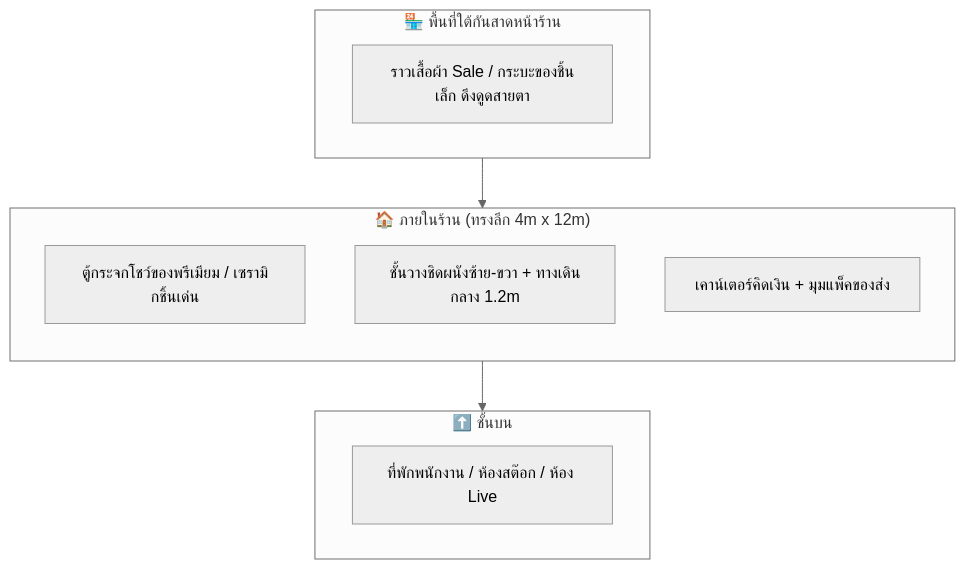
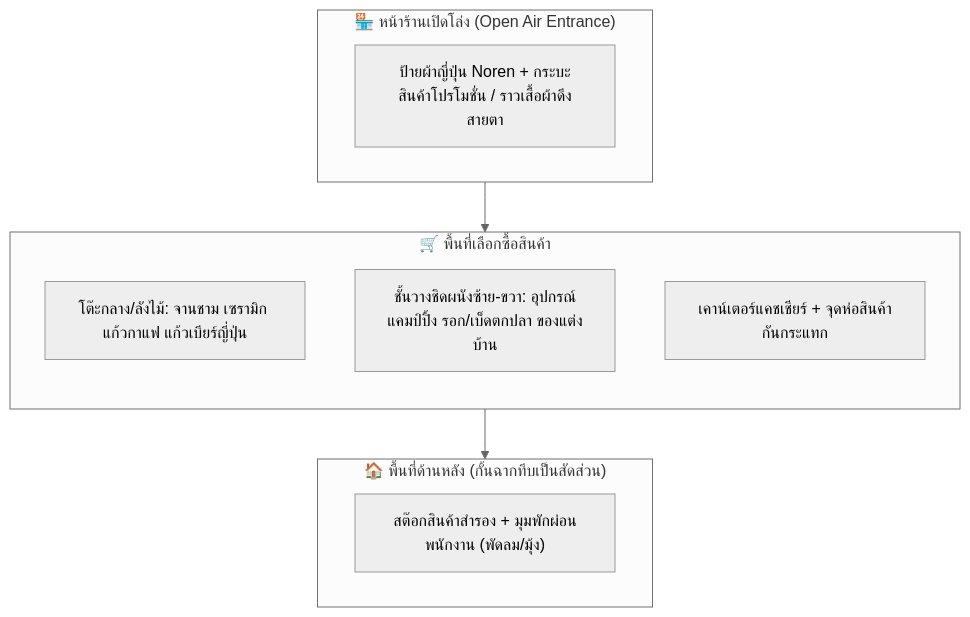
One commit to temsiripuns100/goods-japan-business-plan changed the second of 11 diagrams in README.md. Above: the diagram before and after it, drawn with Mermaid (neutral theme). The commit also changed other lines of this file, not shown here.

````diff
--- a/README.md
+++ b/README.md
@@ -118,20 +115,20 @@
 ```mermaid
 flowchart TD
-    subgraph FRONT["🏪 พื้นที่ใต้กันสาดหน้าร้าน"]
-        Z1["ราวเสื้อผ้า Sale / กระบะของชิ้นเล็ก ดึงดูดสายตา"]
+    subgraph FRONT["🏪 หน้าร้านเปิดโล่ง (Open Air Entrance)"]
+        Z1["ป้ายผ้าญี่ปุ่น Noren + กระบะสินค้าโปรโมชั่น / ราวเสื้อผ้าดึงสายตา"]
     end
 
-    subgraph INSIDE["🏠 ภายในร้าน (ทรงลึก 4m x 12m)"]
+    subgraph INSIDE["🛒 พื้นที่เลือกซื้อสินค้า"]
         direction TB
-        A["ตู้กระจกโชว์ของพรีเมียม / เซรามิกชิ้นเด่น"]
-        B["ชั้นวางชิดผนังซ้าย-ขวา + ทางเดินกลาง 1.2m"]
-        C["เคาน์เตอร์คิดเงิน + มุมแพ็คของส่ง"]
+        A["โต๊ะกลาง/ลังไม้: จานชาม เซรามิก แก้วกาแฟ แก้วเบียร์ญี่ปุ่น"]
+        B["ชั้นวางชิดผนังซ้าย-ขวา: อุปกรณ์แคมป์ปิ้ง รอก/เบ็ดตกปลา ของแต่งบ้าน"]
+        C["เคาน์เตอร์แคชเชียร์ + จุดห่อสินค้ากันกระแทก"]
     end
 
-    subgraph UPPER["⬆️ ชั้นบน"]
-        D["ที่พักพนักงาน / ห้องสต๊อก / ห้อง Live"]
+    subgraph BACK["🏠 พื้นที่ด้านหลัง (กั้นฉากทึบเป็นสัดส่วน)"]
+        D["สต๊อกสินค้าสำรอง + มุมพักผ่อนพนักงาน (พัดลม/มุ้ง)"]
     end
 
     FRONT --> INSIDE
-    INSIDE --> UPPER
+    INSIDE --> BACK
 ```
````
